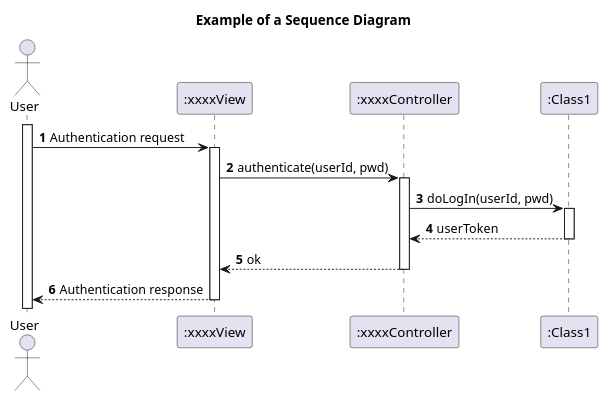
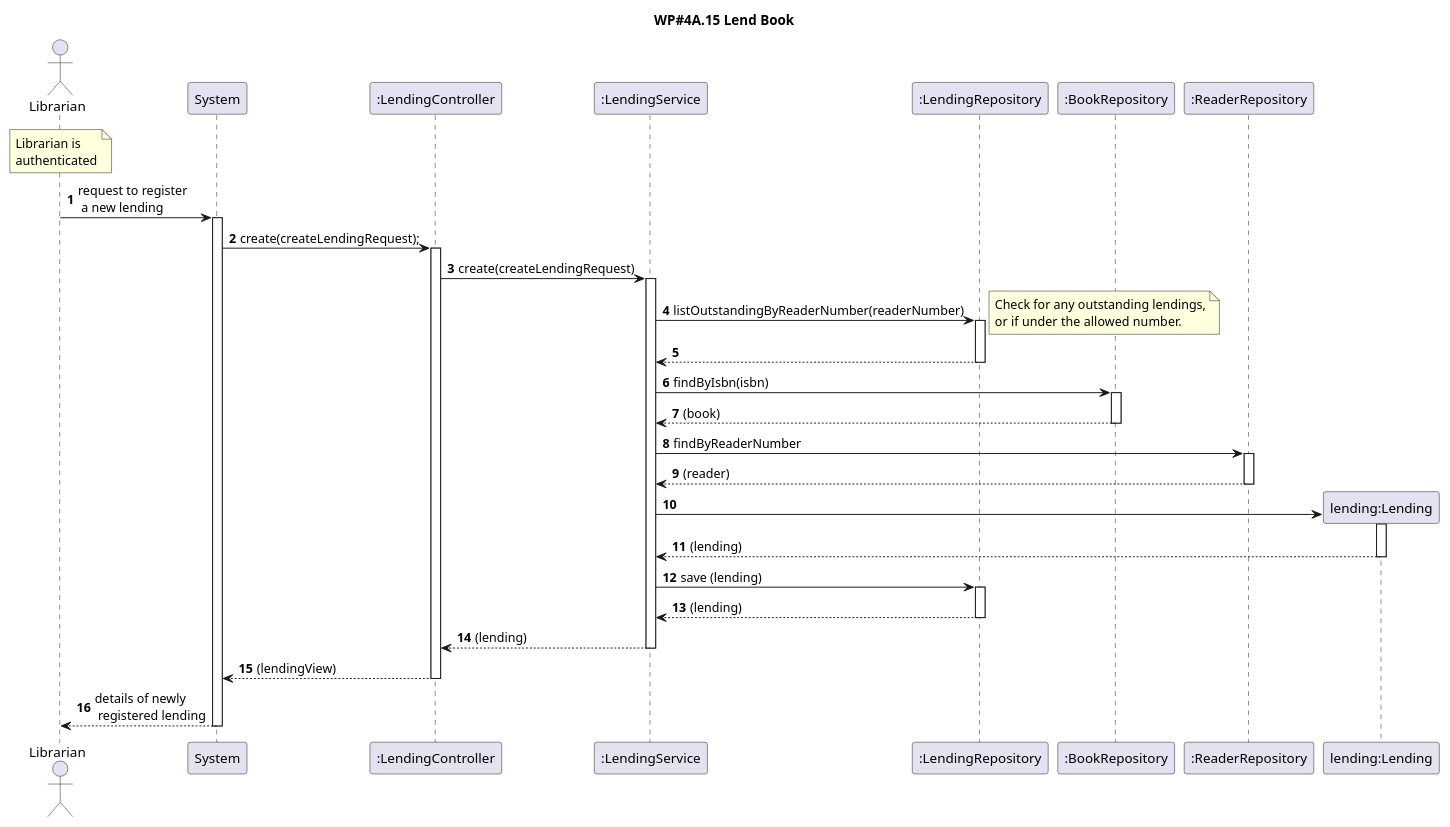
One commit to rutemf/1220944_1220772_G01 changed the diagram in Docs/Phase1/WP4A-Lendings/Ph1-15-LendBook/Ph1-15-LendBook-SD.puml. Above: the diagram before and after it, drawn with PlantUML. The commit also changed 20 other files, not shown here.

```diff
--- a/Docs/Phase1/WP4A-Lendings/Ph1-15-LendBook/Ph1-15-LendBook-SD.puml
+++ b/Docs/Phase1/WP4A-Lendings/Ph1-15-LendBook/Ph1-15-LendBook-SD.puml
@@ -1,23 +1,42 @@
 @startuml
 'https://plantuml.com/sequence-diagram
-
-title Example of a Sequence Diagram
-
 autoactivate on
 autonumber
 
-actor "User" as User
-participant ":xxxxView" as System
-participant ":xxxxController" as Ctrl
-participant ":Class1" as C1
+title WP#4A.15 Lend Book
 
-activate User
+actor "Librarian" as Librarian
+participant "System" as System
+participant ":LendingController" as Ctrl
+participant ":LendingService" as LendingService
+participant ":LendingRepository" as LendingRepo
+participant ":BookRepository" as BookRepo
+participant ":ReaderRepository" as ReaderRepo
 
-User -> System: Authentication request
-System -> Ctrl: authenticate(userId, pwd)
-Ctrl -> C1: doLogIn(userId, pwd)
-C1 --> Ctrl: userToken
-Ctrl --> System: ok
-System --> User: Authentication response
+note over Librarian : Librarian is\nauthenticated
+
+Librarian -> System: request to register\n a new lending
+
+System -> Ctrl: create(createLendingRequest);
+
+Ctrl -> LendingService: create(createLendingRequest)
+LendingService -> LendingRepo: listOutstandingByReaderNumber(readerNumber)
+note right
+    Check for any outstanding lendings,
+    or if under the allowed number.
+end note
+LendingRepo --> LendingService
+LendingService -> BookRepo: findByIsbn(isbn)
+BookRepo --> LendingService: (book)
+LendingService -> ReaderRepo:findByReaderNumber
+ReaderRepo --> LendingService: (reader)
+create Lending as "lending:Lending"
+LendingService -> Lending
+Lending --> LendingService: (lending)
+LendingService -> LendingRepo: save (lending)
+LendingRepo --> LendingService: (lending)
+LendingService --> Ctrl: (lending)
+Ctrl --> System: (lendingView)
+System --> Librarian: details of newly\n registered lending
 
 @enduml
```
